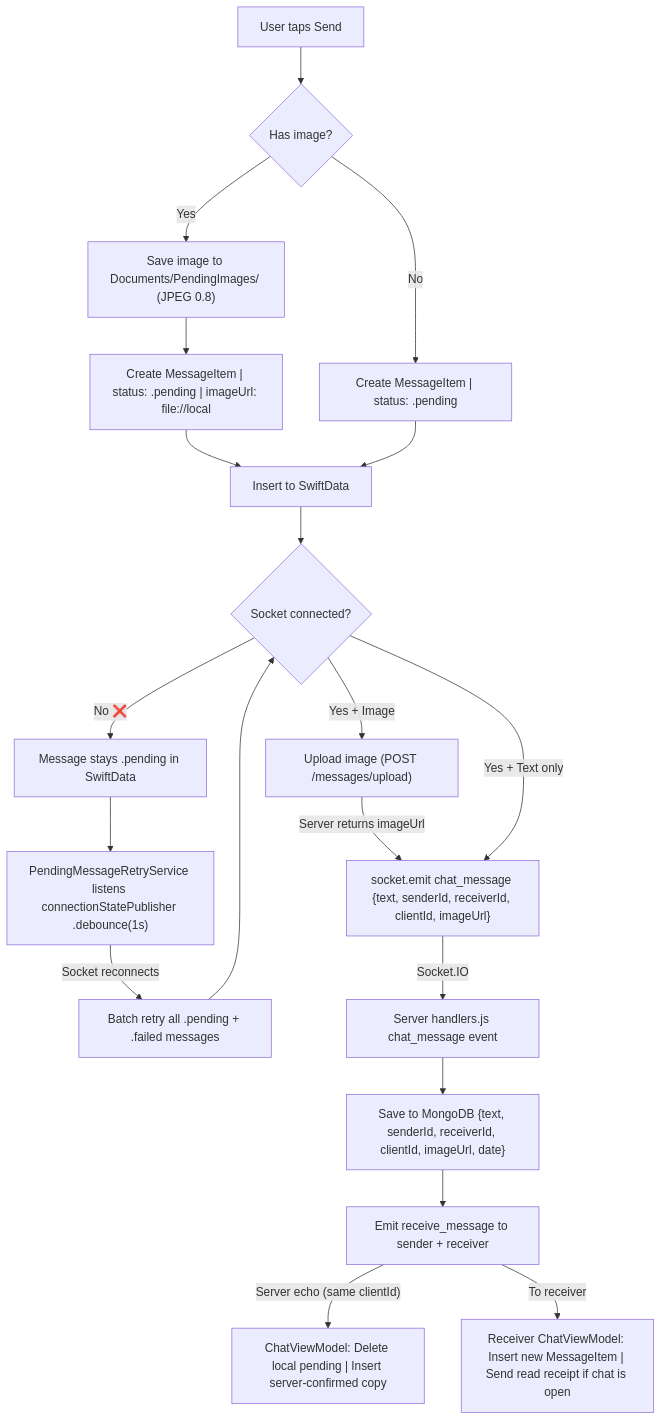
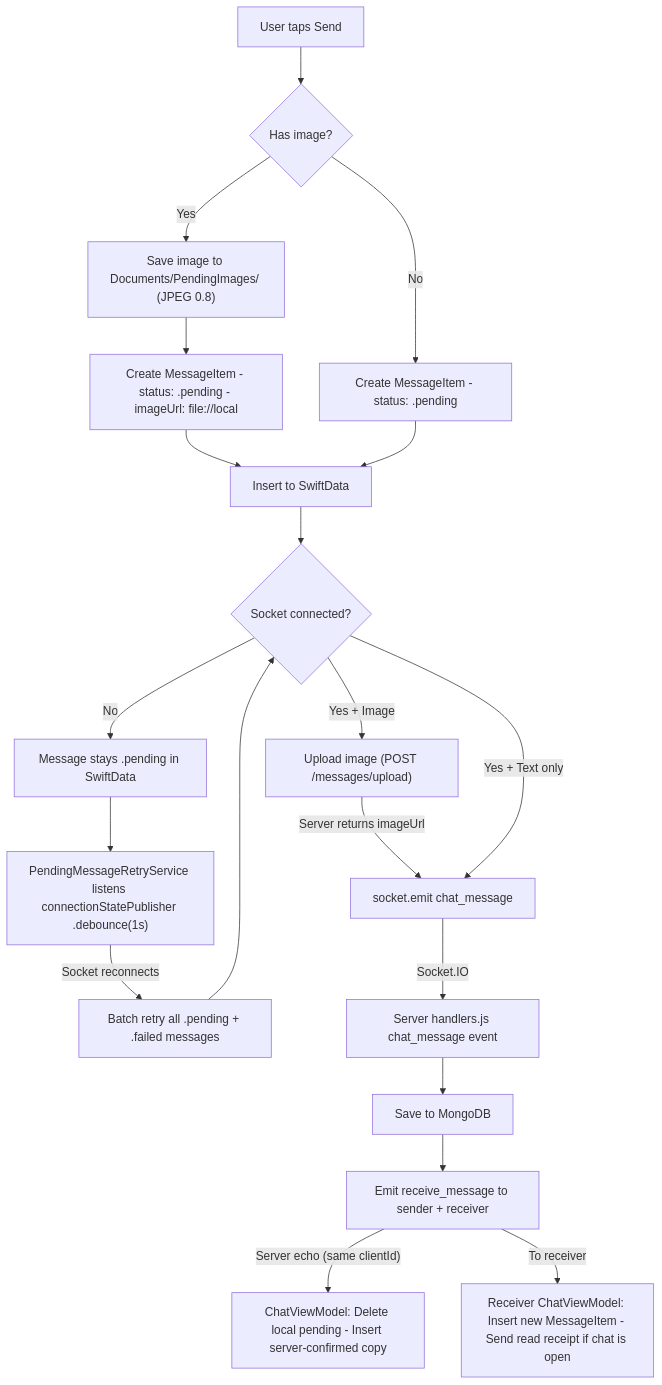
Before and after one commit to denizyakar/SoniApp: the third of 6 diagrams in README.md, drawn with Mermaid. The commit also changed other lines of this file, not shown here.

````diff
--- a/README.md
+++ b/README.md
@@ -158,30 +162,30 @@
 ```mermaid
 flowchart TD
     A["User taps Send"] --> B{"Has image?"}
 
     B -->|"Yes"| C["Save image to Documents/PendingImages/ (JPEG 0.8)"]
-    C --> D["Create MessageItem | status: .pending | imageUrl: file://local"]
-    B -->|"No"| D2["Create MessageItem | status: .pending"]
+    C --> D["Create MessageItem - status: .pending - imageUrl: file://local"]
+    B -->|"No"| D2["Create MessageItem - status: .pending"]
 
     D --> E["Insert to SwiftData"]
     D2 --> E
 
     E --> F{"Socket connected?"}
 
     F -->|"Yes + Image"| G["Upload image (POST /messages/upload)"]
-    G -->|"Server returns imageUrl"| H["socket.emit chat_message {text, senderId, receiverId, clientId, imageUrl}"]
+    G -->|"Server returns imageUrl"| H["socket.emit chat_message"]
 
     F -->|"Yes + Text only"| H
 
-    F -->|"No ❌"| I["Message stays .pending in SwiftData"]
+    F -->|"No"| I["Message stays .pending in SwiftData"]
     I --> J["PendingMessageRetryService listens connectionStatePublisher .debounce(1s)"]
     J -->|"Socket reconnects"| K["Batch retry all .pending + .failed messages"]
     K --> F
 
     H -->|"Socket.IO"| L["Server handlers.js chat_message event"]
-    L --> M["Save to MongoDB {text, senderId, receiverId, clientId, imageUrl, date}"]
+    L --> M["Save to MongoDB"]
     M --> N["Emit receive_message to sender + receiver"]
 
-    N -->|"Server echo (same clientId)"| O["ChatViewModel: Delete local pending | Insert server-confirmed copy"]
-    N -->|"To receiver"| P["Receiver ChatViewModel: Insert new MessageItem | Send read receipt if chat is open"]
+    N -->|"Server echo (same clientId)"| O["ChatViewModel: Delete local pending - Insert server-confirmed copy"]
+    N -->|"To receiver"| P["Receiver ChatViewModel: Insert new MessageItem - Send read receipt if chat is open"]
 ```
````
